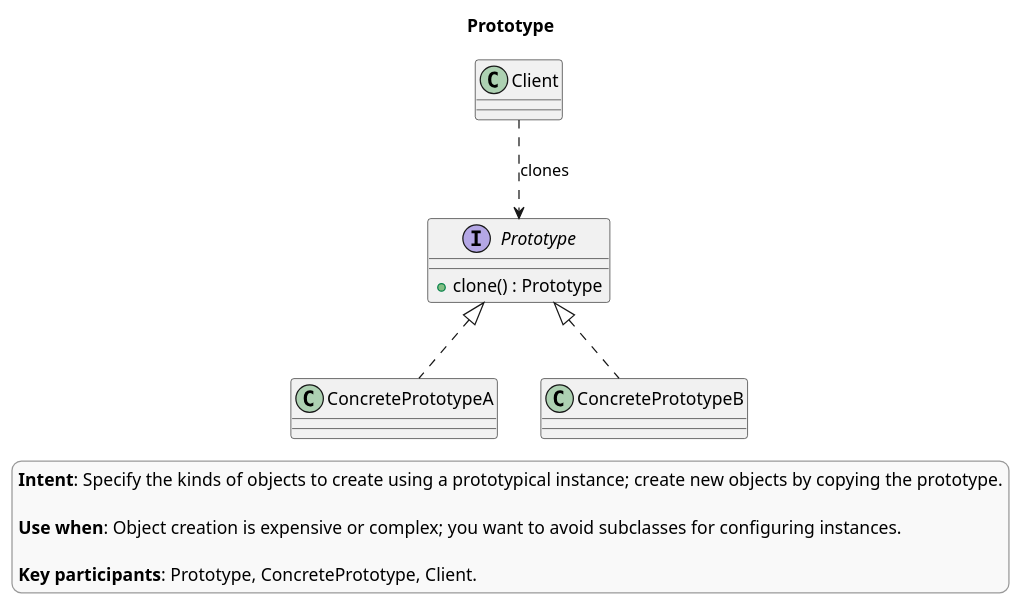
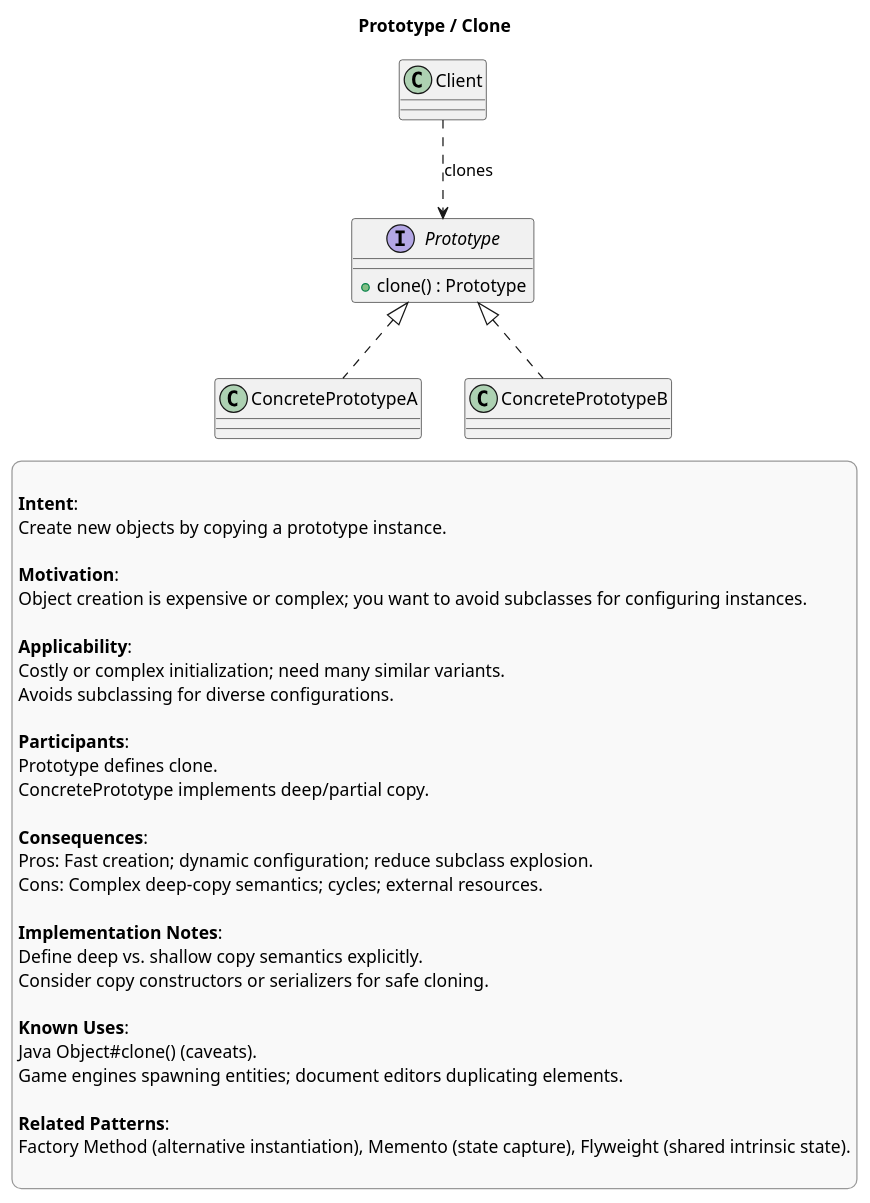
The diagram in theory/creational/prototype.puml (AkselErenberk/design-patterns), drawn with PlantUML before and after one commit. The commit also changed 26 other files, not shown here.

Commit message:
design pattern class diagrams

```diff
--- a/theory/creational/prototype.puml
+++ b/theory/creational/prototype.puml
@@ -1,27 +1,52 @@
 @startuml
-title Prototype
+title Prototype / Clone
 
 skinparam legendBackgroundColor #f9f9f9
 skinparam legendBorderColor #999999
 
 legend right
-**Intent**: Specify the kinds of objects to create using a prototypical instance; create new objects by copying the prototype.
 
-**Use when**: Object creation is expensive or complex; you want to avoid subclasses for configuring instances.
+**Intent**:
+Create new objects by copying a prototype instance.
 
-**Key participants**: Prototype, ConcretePrototype, Client.
+**Motivation**:
+Object creation is expensive or complex; you want to avoid subclasses for configuring instances.
+
+**Applicability**:
+Costly or complex initialization; need many similar variants.
+Avoids subclassing for diverse configurations.
+
+**Participants**:
+Prototype defines clone.
+ConcretePrototype implements deep/partial copy.
+
+**Consequences**:
+Pros: Fast creation; dynamic configuration; reduce subclass explosion.
+Cons: Complex deep-copy semantics; cycles; external resources.
+
+**Implementation Notes**:
+Define deep vs. shallow copy semantics explicitly.
+Consider copy constructors or serializers for safe cloning.
+
+**Known Uses**:
+Java Object#clone() (caveats).
+Game engines spawning entities; document editors duplicating elements.
+
+**Related Patterns**:
+Factory Method (alternative instantiation), Memento (state capture), Flyweight (shared intrinsic state).
+
 endlegend
 
 interface Prototype {
   +clone() : Prototype
 }
 
 class ConcretePrototypeA
 class ConcretePrototypeB
 
 Prototype <|.. ConcretePrototypeA
 Prototype <|.. ConcretePrototypeB
 
 class Client
 Client ..> Prototype : clones
 @enduml
```
